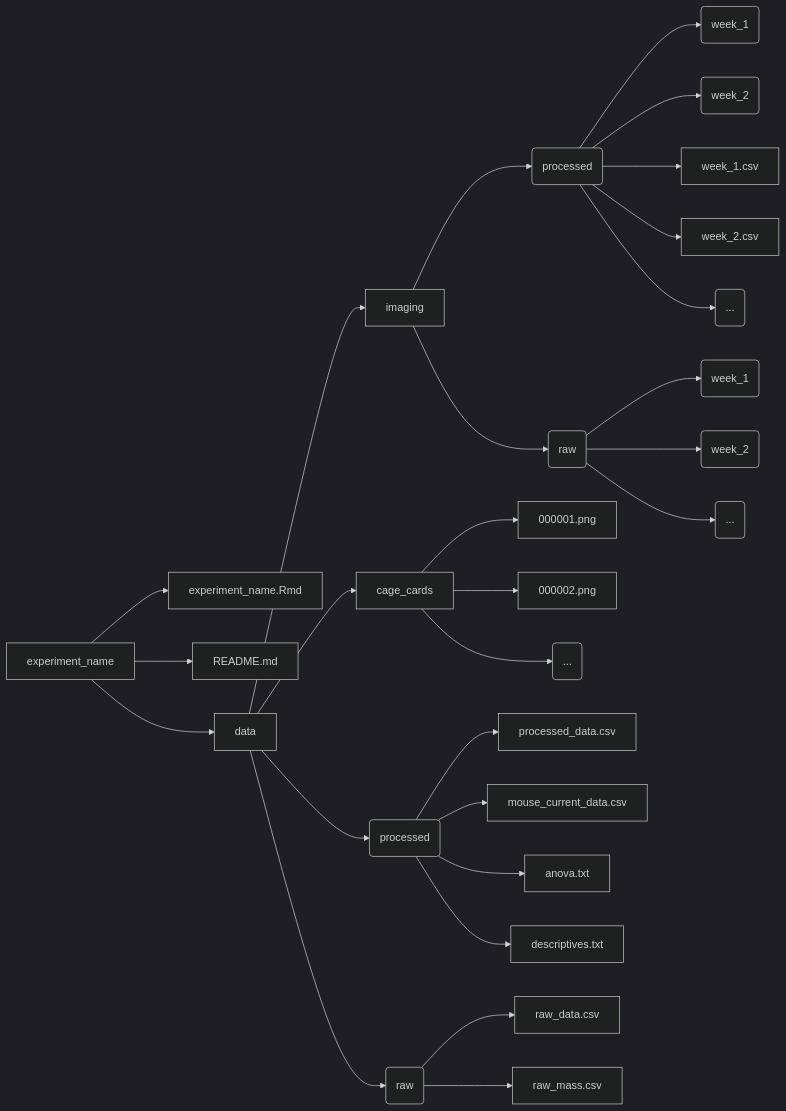
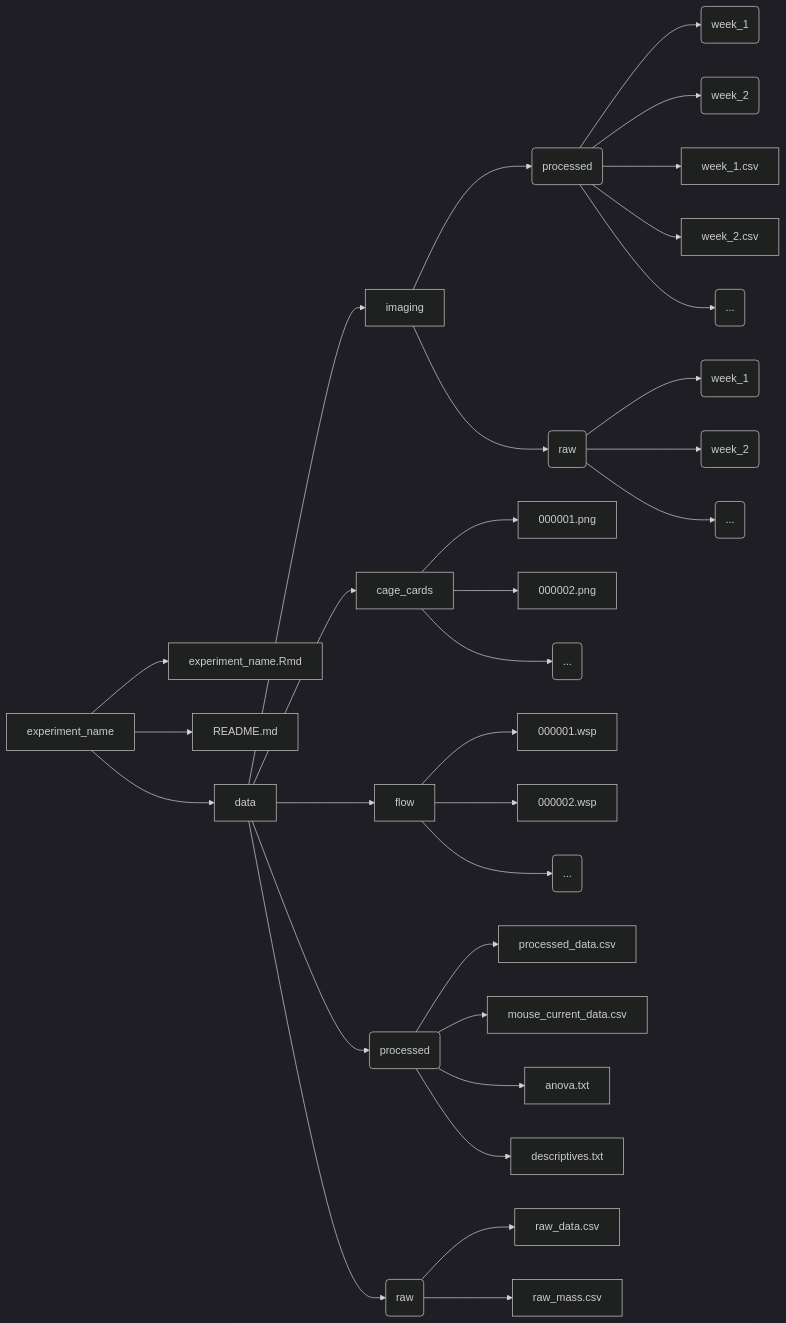
Before and after one commit to mmccoy-01/bioluminescent_imaging_experimental_template: the diagram in README.md, drawn with Mermaid (dark theme). The commit also changed other lines of this file, not shown here.

````diff
--- a/README.md
+++ b/README.md
@@ -44,40 +48,46 @@
 ```mermaid
 graph LR
 experiment_name --> experiment_name.Rmd
 experiment_name --> README.md
 experiment_name --> data
 
 data --> imaging
 
 imaging --> G(processed)
 
 G(processed) --> A(week_1)
 G(processed) --> B(week_2)
 G(processed) --> week_1.csv
 G(processed) --> week_2.csv
 G(processed) --> I(...)
 
 imaging --> E(raw)
 
 E(raw) --> C(week_1)
 E(raw) --> D(week_2)
 E(raw) --> J(...)
 
 data --> cage_cards
 
 cage_cards --> 000001.png
 cage_cards --> 000002.png
 cage_cards --> K(...)
 
+data --> flow
+
+flow --> 000001.wsp
+flow --> 000002.wsp
+flow --> L(...)
+
 data --> H(processed)
 
 H(processed) --> processed_data.csv
 H(processed) --> mouse_current_data.csv
 H(processed) --> anova.txt
 H(processed) --> descriptives.txt
 
 data --> F(raw)
 
 F(raw) --> raw_data.csv
 F(raw) --> raw_mass.csv
 ```
````
